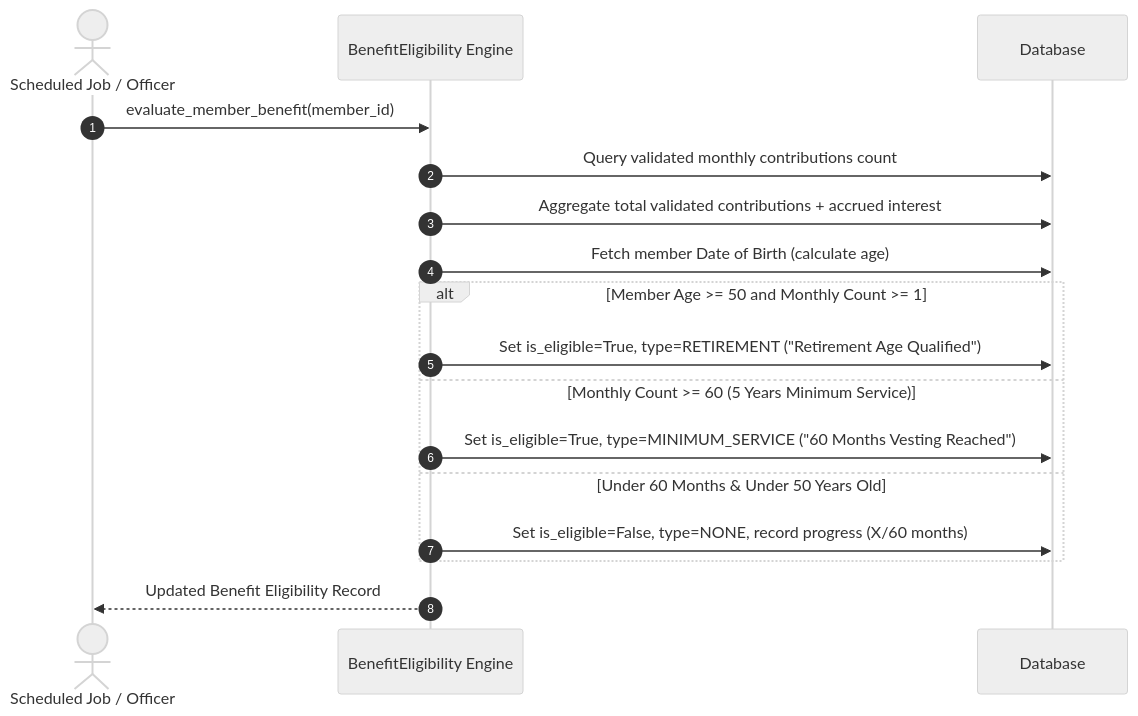
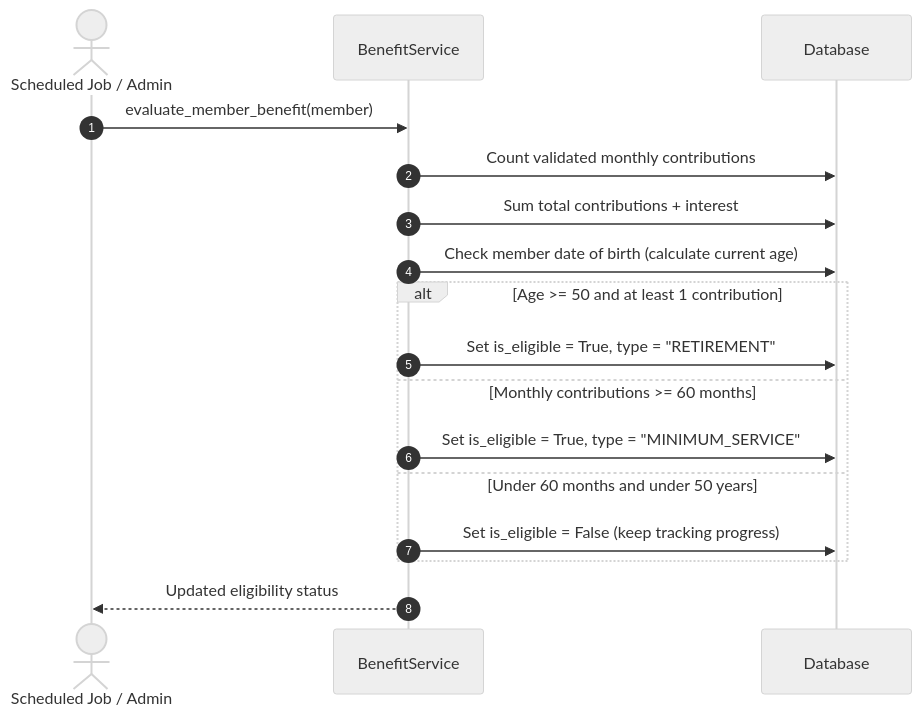
The sixth of 7 diagrams in SYSTEM_DESIGN.md (victorquadri123/pension-contribution-management-system), drawn with Mermaid (neutral theme) before and after one commit. The commit also changed other lines of this file, not shown here.

Commit message:
docs: simplify system design document with clear developer notes and diagrams

````diff
--- a/SYSTEM_DESIGN.md
+++ b/SYSTEM_DESIGN.md
@@ -253,21 +236,21 @@
 ```mermaid
 sequenceDiagram
     autonumber
-    actor Evaluator as Scheduled Job / Officer
-    participant BenefitSvc as BenefitEligibility Engine
+    actor System as Scheduled Job / Admin
+    participant Service as BenefitService
     participant DB as Database
 
-    Evaluator->>BenefitSvc: evaluate_member_benefit(member_id)
-    BenefitSvc->>DB: Query validated monthly contributions count
-    BenefitSvc->>DB: Aggregate total validated contributions + accrued interest
-    BenefitSvc->>DB: Fetch member Date of Birth (calculate age)
-    
-    alt Member Age >= 50 and Monthly Count >= 1
-        BenefitSvc->>DB: Set is_eligible=True, type=RETIREMENT ("Retirement Age Qualified")
-    else Monthly Count >= 60 (5 Years Minimum Service)
-        BenefitSvc->>DB: Set is_eligible=True, type=MINIMUM_SERVICE ("60 Months Vesting Reached")
-    else Under 60 Months & Under 50 Years Old
-        BenefitSvc->>DB: Set is_eligible=False, type=NONE, record progress (X/60 months)
+    System->>Service: evaluate_member_benefit(member)
+    Service->>DB: Count validated monthly contributions
+    Service->>DB: Sum total contributions + interest
+    Service->>DB: Check member date of birth (calculate current age)
+
+    alt Age >= 50 and at least 1 contribution
+        Service->>DB: Set is_eligible = True, type = "RETIREMENT"
+    else Monthly contributions >= 60 months
+        Service->>DB: Set is_eligible = True, type = "MINIMUM_SERVICE"
+    else Under 60 months and under 50 years
+        Service->>DB: Set is_eligible = False (keep tracking progress)
     end
-    BenefitSvc-->>Evaluator: Updated Benefit Eligibility Record
+    Service-->>System: Updated eligibility status
 ```
````
